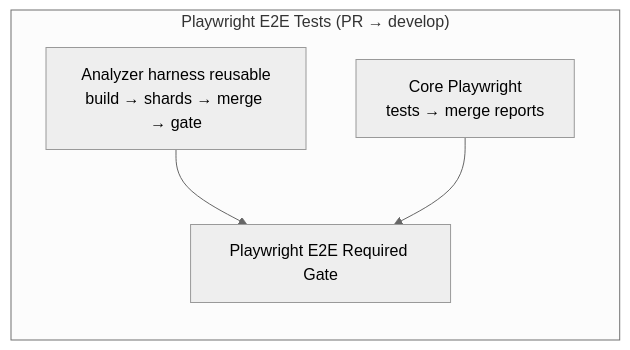
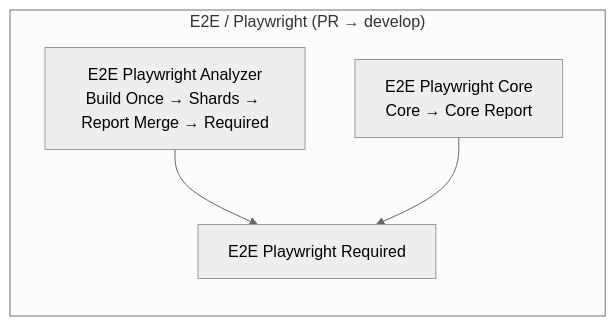
Before and after one commit to DIGI-UW/OpenELIS-Global-2: the diagram in docs/analyzers/playwright-ci-stabilization.md, drawn with Mermaid (neutral theme). The commit also changed other lines of this file and 9 other files, not shown here.

````diff
--- a/docs/analyzers/playwright-ci-stabilization.md
+++ b/docs/analyzers/playwright-ci-stabilization.md
@@ -29,10 +29,10 @@
 ```mermaid
 flowchart LR
-  subgraph pr["Playwright E2E Tests (PR → develop)"]
-    H[Analyzer harness reusable<br/>build → shards → merge → gate]
-    C[Core Playwright<br/>tests → merge reports]
-    G[Playwright E2E Required Gate]
+  subgraph pr["E2E / Playwright (PR → develop)"]
+    H[E2E Playwright Analyzer<br/>Build Once → Shards → Report Merge → Required]
+    C[E2E Playwright Core<br/>Core → Core Report]
+    G[E2E Playwright Required]
     H --> G
     C --> G
   end
 ```
````
